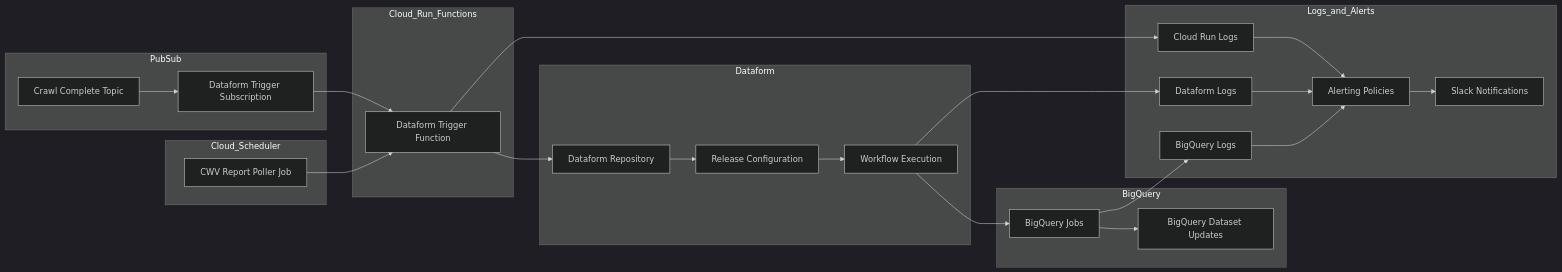
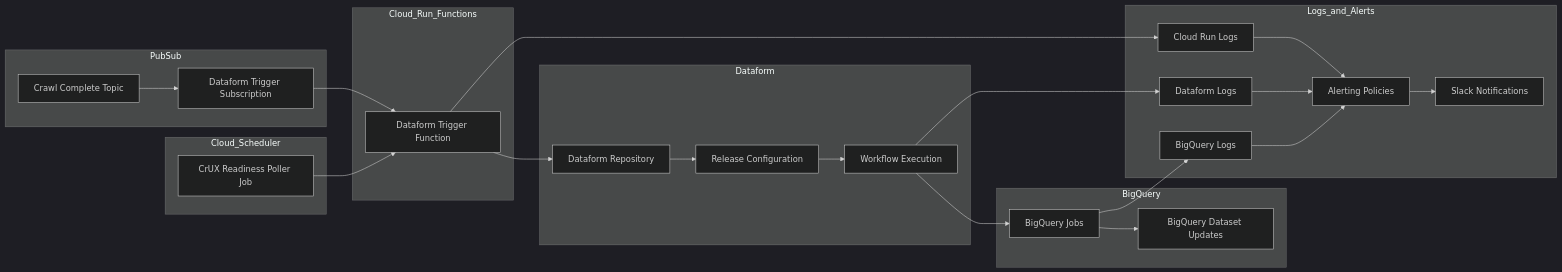
One commit to HTTPArchive/dataform changed the diagram in docs/infrastructure.md. Above: the diagram before and after it, drawn with Mermaid (dark theme). The commit also changed 14 other files, not shown here.

````diff
--- a/docs/infrastructure.md
+++ b/docs/infrastructure.md
@@ -3,54 +3,54 @@
 ```mermaid
 graph LR;
     subgraph Cloud_Run_Functions
         dataformTrigger[Dataform Trigger Function]
     end
 
     subgraph PubSub
         crawl_complete_topic[Crawl Complete Topic]
         dataformTrigger_subscription[Dataform Trigger Subscription]
         crawl_complete_topic --> dataformTrigger_subscription
     end
 
     dataformTrigger_subscription --> dataformTrigger
 
     subgraph Cloud_Scheduler
-        bq_poller_cwv_tech_report[CWV Report Poller Job]
-        bq_poller_cwv_tech_report --> dataformTrigger
+        bq_poller_crux_ready[CrUX Readiness Poller Job]
+        bq_poller_crux_ready --> dataformTrigger
     end
 
     subgraph Dataform
         dataform_repo[Dataform Repository]
         dataform_repo_release_config[Release Configuration]
         dataform_repo_workflow[Workflow Execution]
     end
 
     dataformTrigger --> dataform_repo[Dataform Repository]
     dataform_repo --> dataform_repo_release_config[Release Configuration]
     dataform_repo_release_config --> dataform_repo_workflow[Workflow Execution]
 
     subgraph BigQuery
         bq_jobs[BigQuery Jobs]
         bq_datasets[BigQuery Dataset Updates]
         bq_jobs --> bq_datasets
     end
     dataform_repo_workflow --> bq_jobs
 
     subgraph Logs_and_Alerts
         cloud_run_logs[Cloud Run Logs]
         dataform_logs[Dataform Logs]
         bq_logs[BigQuery Logs]
         alerting_policies[Alerting Policies]
         slack_notifications[Slack Notifications]
 
         cloud_run_logs --> alerting_policies
         dataform_logs --> alerting_policies
         bq_logs --> alerting_policies
         alerting_policies --> slack_notifications
     end
 
     dataformTrigger --> cloud_run_logs
     dataform_repo_workflow --> dataform_logs
     bq_jobs --> bq_logs
 
 ```
````
